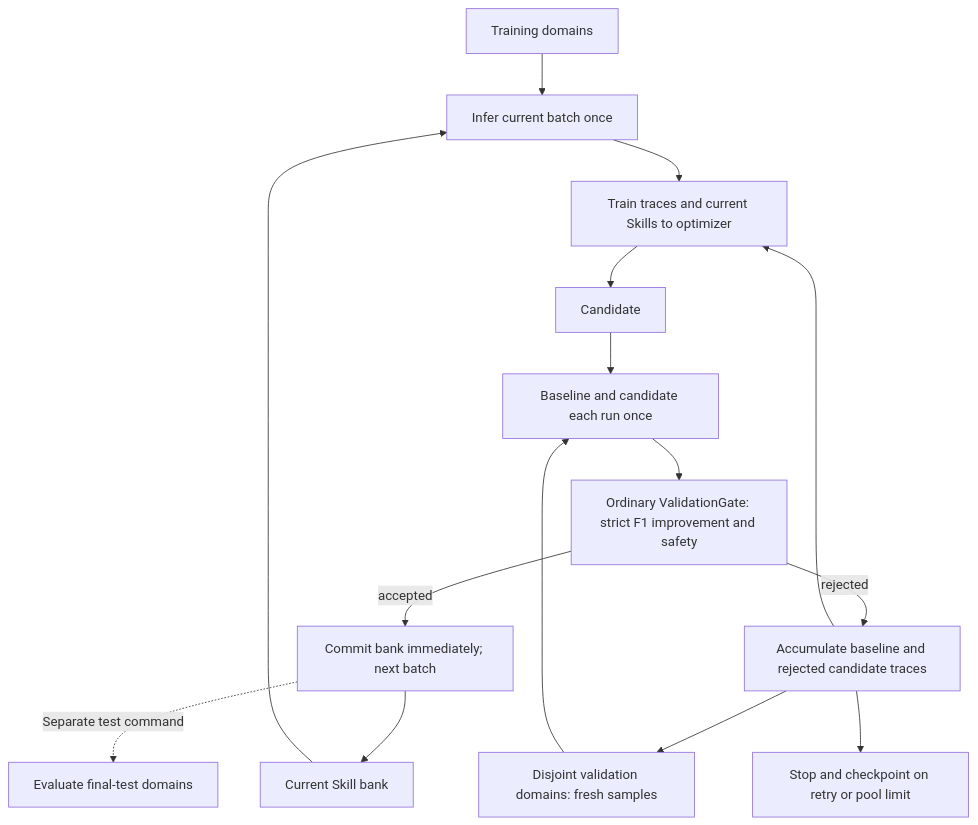
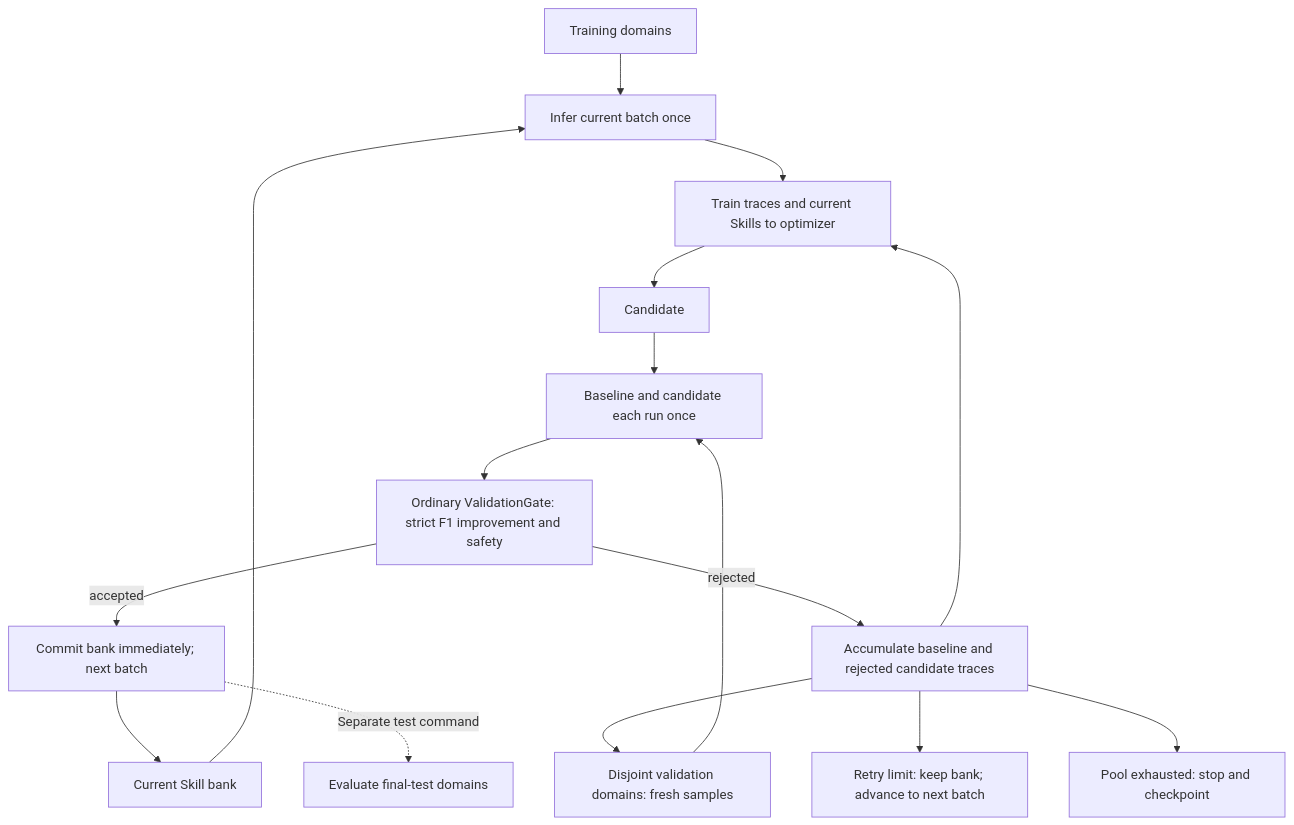
Before and after one commit to FengyuanYin/EvoFactSkill: the fourth of 5 diagrams in README.md, drawn with Mermaid. The commit also changed other lines of this file and 47 other files, not shown here.

````diff
--- a/README.md
+++ b/README.md
@@ -110,17 +110,18 @@
 ```mermaid
 flowchart TD
     A["Training domains"] --> I["Infer current batch once"]
     S["Current Skill bank"] --> I
     I --> O["Train traces and current Skills to optimizer"]
     O --> C["Candidate"]
     V["Disjoint validation domains: fresh samples"] --> P["Baseline and candidate each run once"]
     C --> P
     P --> G["Ordinary ValidationGate: strict F1 improvement and safety"]
     G -->|accepted| U["Commit bank immediately; next batch"]
     U --> S
     G -->|rejected| T["Accumulate baseline and rejected candidate traces"]
     T --> O
     T --> V
-    T --> L["Stop and checkpoint on retry or pool limit"]
+    T --> N["Retry limit: keep bank; advance to next batch"]
+    T --> L["Pool exhausted: stop and checkpoint"]
     U -. Separate test command .-> F["Evaluate final-test domains"]
 ```
````
